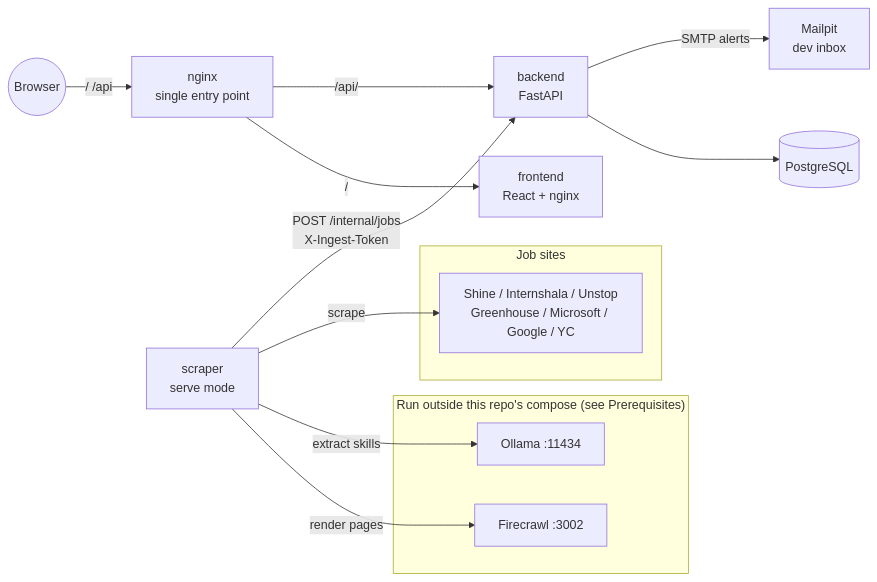
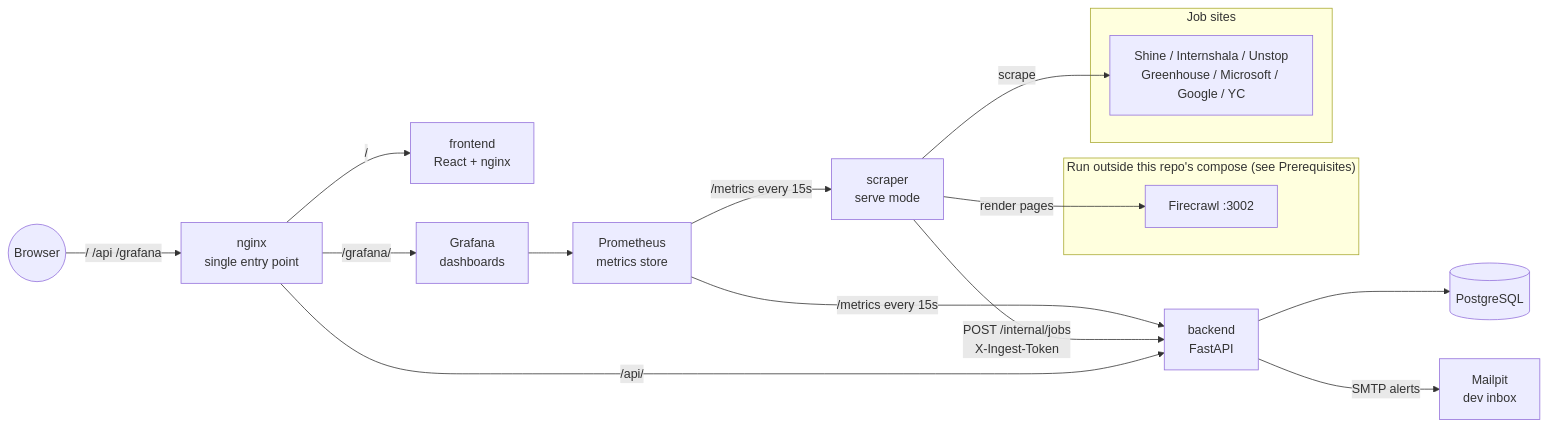
The diagram in README.md (Haarish-Ahmad/Job-Aggregator-Platform), drawn with Mermaid before and after one commit. The commit also changed other lines of this file and 46 other files, not shown here.

Commit message:
add the prometheus and grafana, laong wwith updated dockerfile

````diff
--- a/README.md
+++ b/README.md
@@ -24,19 +24,21 @@
 ```mermaid
 flowchart LR
   subgraph External["Run outside this repo's compose (see Prerequisites)"]
     FC[Firecrawl :3002]
-    OL[Ollama :11434]
   end
   subgraph Sites["Job sites"]
     S1[Shine / Internshala / Unstop<br/>Greenhouse / Microsoft / Google / YC]
   end
-  Browser((Browser)) -->|"/  /api"| NGX[nginx<br/>single entry point]
+  Browser((Browser)) -->|"/  /api  /grafana"| NGX[nginx<br/>single entry point]
   NGX -->|/| FE[frontend<br/>React + nginx]
   NGX -->|/api/| BE[backend<br/>FastAPI]
   SC[scraper<br/>serve mode] -->|render pages| FC
-  SC -->|extract skills| OL
   SC -->|scrape| S1
   SC -->|"POST /internal/jobs<br/>X-Ingest-Token"| BE
   BE --> DB[(PostgreSQL)]
+  NGX -->|/grafana/| GF[Grafana<br/>dashboards]
+  GF --> PR[Prometheus<br/>metrics store]
+  PR -->|/metrics every 15s| BE
+  PR -->|/metrics every 15s| SC
   BE -->|SMTP alerts| MP[Mailpit<br/>dev inbox]
 ```
````
